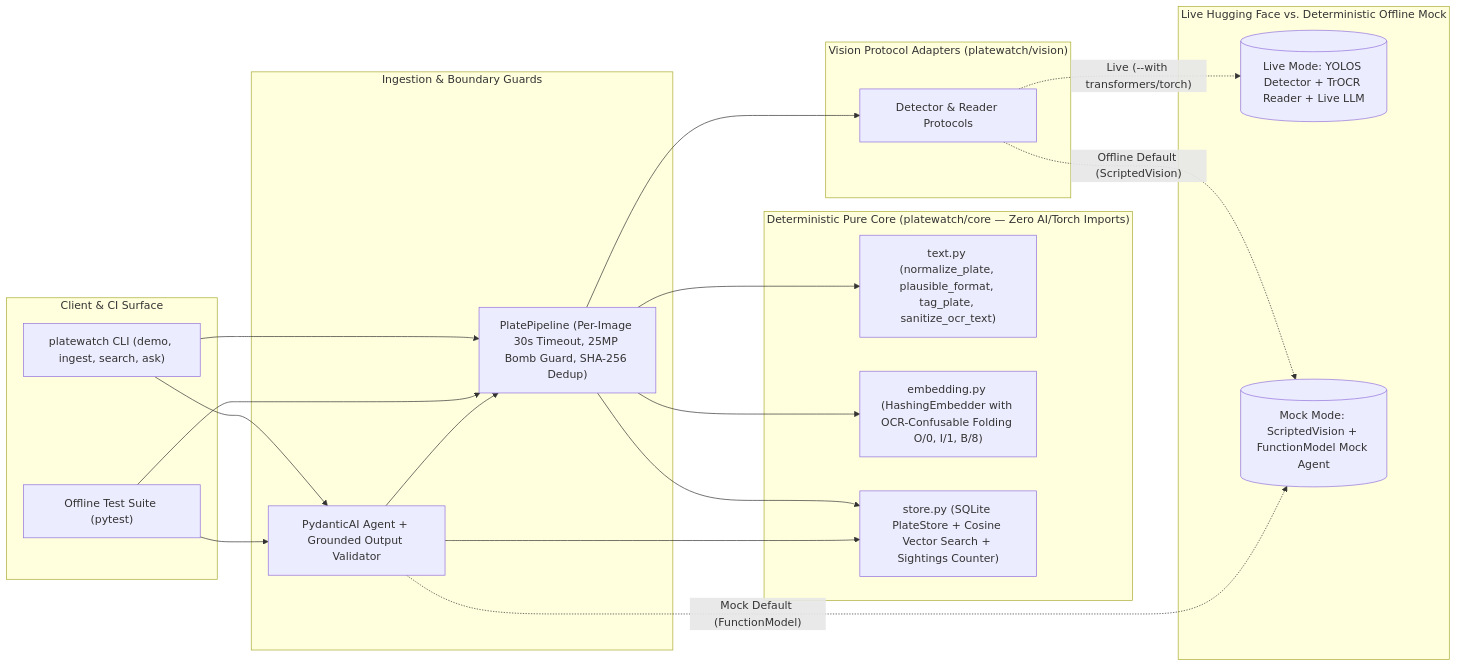
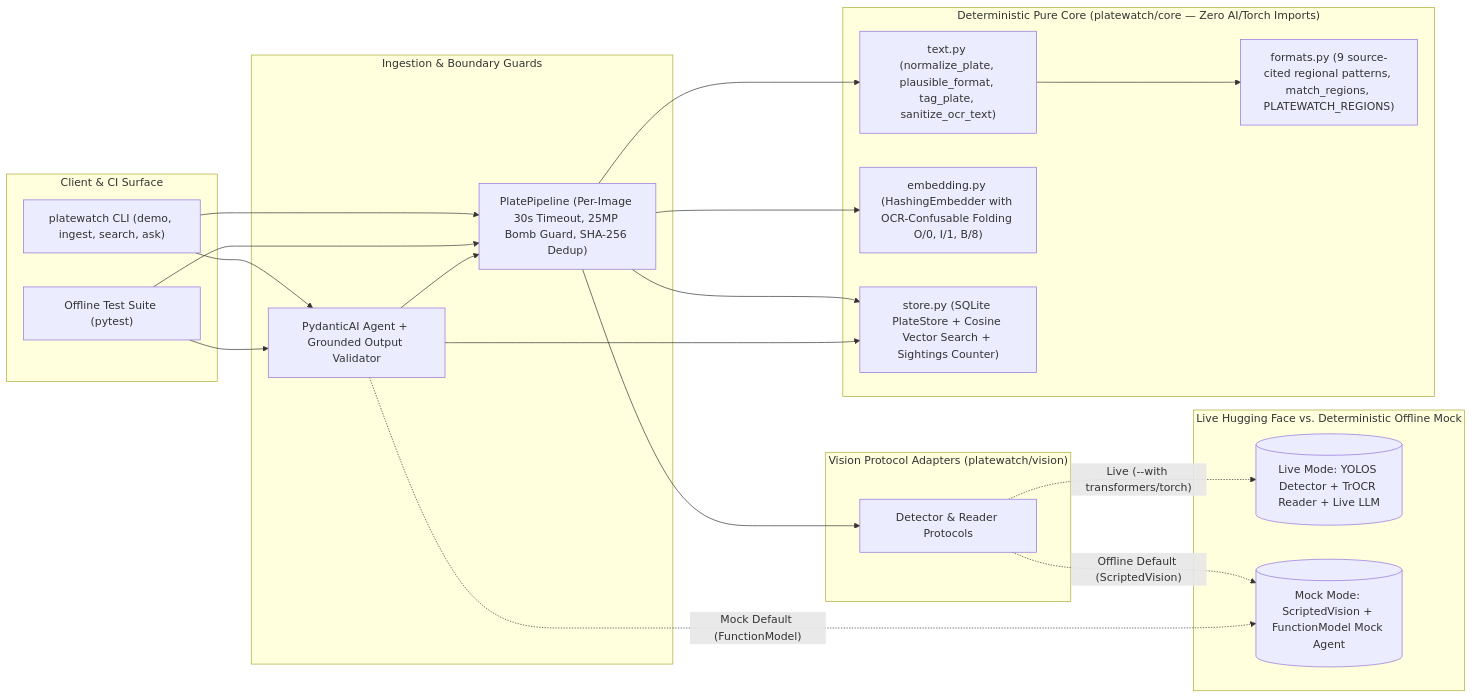
One commit to AshraHossain/agent-system changed the first of 2 diagrams in platewatch/README.md. Above: the diagram before and after it, drawn with Mermaid. The commit also changed other lines of this file and 4 other files, not shown here.

````diff
--- a/platewatch/README.md
+++ b/platewatch/README.md
@@ -16,34 +16,36 @@
 ```mermaid
 flowchart LR
     subgraph Client["Client & CI Surface"]
         CLI["platewatch CLI (demo, ingest, search, ask)"]
         PYTEST["Offline Test Suite (pytest)"]
     end
 
     subgraph Edge["Ingestion & Boundary Guards"]
         PIPE["PlatePipeline (Per-Image 30s Timeout, 25MP Bomb Guard, SHA-256 Dedup)"]
         AG["PydanticAI Agent + Grounded Output Validator"]
     end
 
     subgraph Core["Deterministic Pure Core (platewatch/core — Zero AI/Torch Imports)"]
         TXT["text.py (normalize_plate, plausible_format, tag_plate, sanitize_ocr_text)"]
+        FMT["formats.py (9 source-cited regional patterns, match_regions, PLATEWATCH_REGIONS)"]
         EMB["embedding.py (HashingEmbedder with OCR-Confusable Folding O/0, I/1, B/8)"]
         STORE["store.py (SQLite PlateStore + Cosine Vector Search + Sightings Counter)"]
     end
 
     subgraph Adapters["Vision Protocol Adapters (platewatch/vision)"]
         PROT["Detector & Reader Protocols"]
     end
 
     subgraph Backends["Live Hugging Face vs. Deterministic Offline Mock"]
         LIVE[("Live Mode: YOLOS Detector + TrOCR Reader + Live LLM")]
         MOCK[("Mock Mode: ScriptedVision + FunctionModel Mock Agent")]
     end
 
     CLI & PYTEST --> PIPE & AG
     PIPE --> PROT & TXT & EMB & STORE
+    TXT --> FMT
     AG --> PIPE & STORE
     PROT -. "Live (--with transformers/torch)" .-> LIVE
     PROT -. "Offline Default (ScriptedVision)" .-> MOCK
     AG -. "Mock Default (FunctionModel)" .-> MOCK
 ```
````
